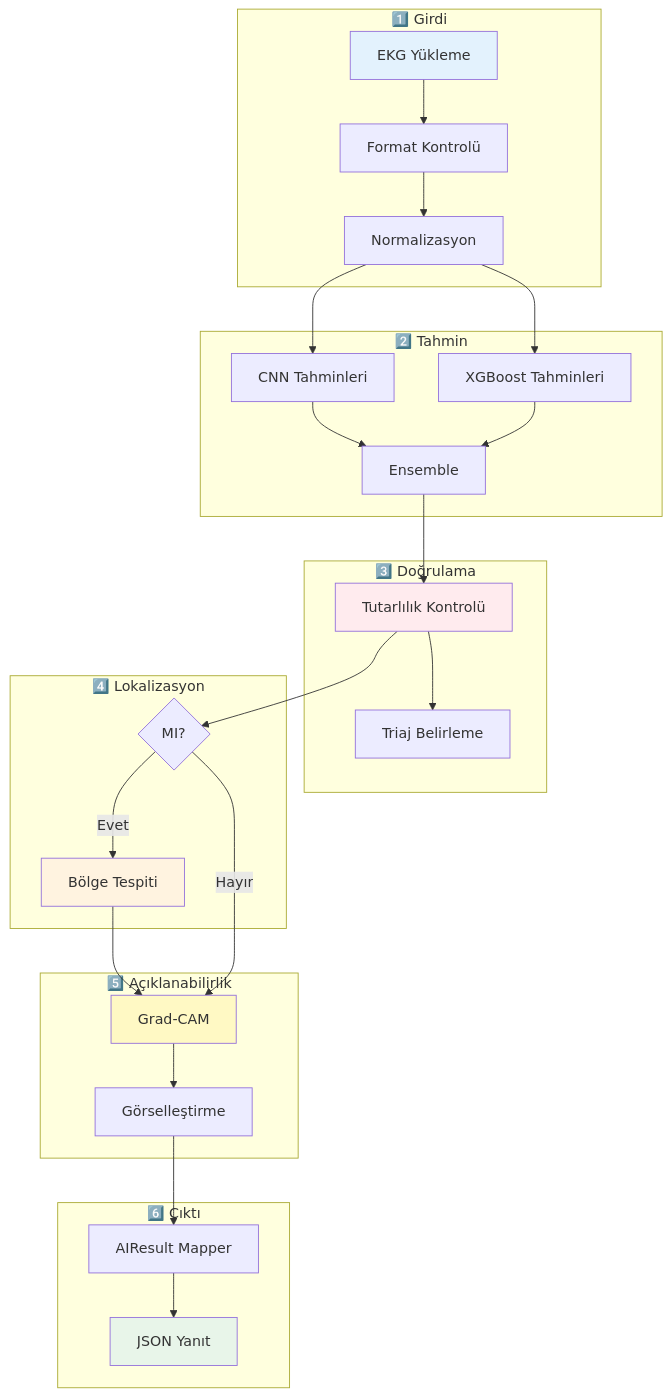
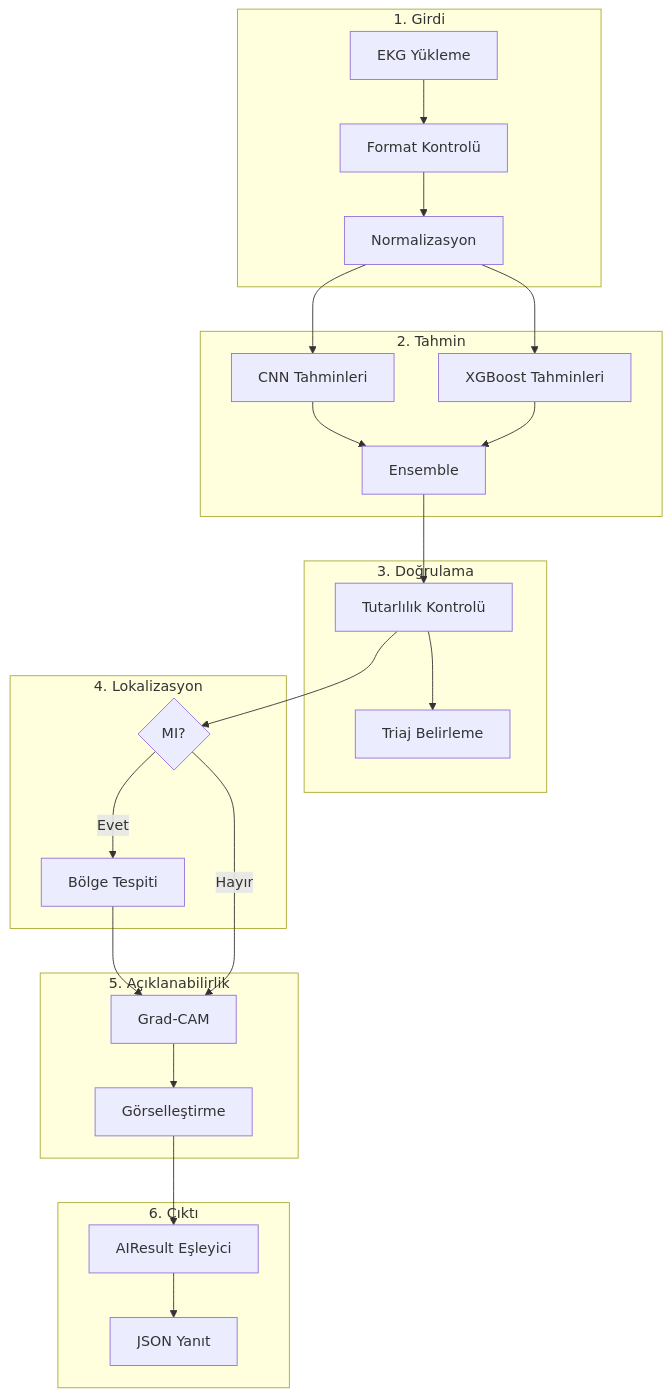
One commit to mUsaulug/CardioGuard-AI changed the tenth of 10 diagrams in docs/diagrams/06_sequence_diagram.md. Above: the diagram before and after it, drawn with Mermaid. The commit also changed other lines of this file and 5 other files, not shown here.

````diff
--- a/docs/diagrams/06_sequence_diagram.md
+++ b/docs/diagrams/06_sequence_diagram.md
@@ -649,47 +626,44 @@
 ```mermaid
 graph TB
-    subgraph Input["1️⃣ Girdi"]
+    subgraph Girdi["1. Girdi"]
         UPLOAD["EKG Yükleme"]
         PARSE["Format Kontrolü"]
         NORM["Normalizasyon"]
     end
     
-    subgraph Prediction["2️⃣ Tahmin"]
+    subgraph Tahmin["2. Tahmin"]
         CNN["CNN Tahminleri"]
         XGB["XGBoost Tahminleri"]
         ENS["Ensemble"]
     end
     
-    subgraph Validation["3️⃣ Doğrulama"]
+    subgraph Dogrulama["3. Doğrulama"]
         GUARD["Tutarlılık Kontrolü"]
         TRIAGE["Triaj Belirleme"]
     end
     
-    subgraph Localization["4️⃣ Lokalizasyon"]
+    subgraph Lokalizasyon["4. Lokalizasyon"]
         CHECK{"MI?"}
         LOC["Bölge Tespiti"]
     end
     
-    subgraph XAI["5️⃣ Açıklanabilirlik"]
+    subgraph XAI["5. Açıklanabilirlik"]
         GCAM["Grad-CAM"]
         VIZ["Görselleştirme"]
     end
     
-    subgraph Output["6️⃣ Çıktı"]
-        MAPPER["AIResult Mapper"]
+    subgraph Cikti["6. Çıktı"]
+        MAPPER["AIResult Eşleyici"]
         RESPONSE["JSON Yanıt"]
     end
     
-    UPLOAD --> PARSE --> NORM --> CNN & XGB
-    CNN & XGB --> ENS --> GUARD --> TRIAGE
+    UPLOAD --> PARSE --> NORM --> CNN
+    NORM --> XGB
+    CNN --> ENS
+    XGB --> ENS
+    ENS --> GUARD --> TRIAGE
     GUARD --> CHECK
     CHECK -->|Evet| LOC --> GCAM
     CHECK -->|Hayır| GCAM
     GCAM --> VIZ --> MAPPER --> RESPONSE
-    
-    style UPLOAD fill:#e3f2fd
-    style GUARD fill:#ffebee
-    style LOC fill:#fff3e0
-    style GCAM fill:#fff9c4
-    style RESPONSE fill:#e8f5e9
 ```
````
